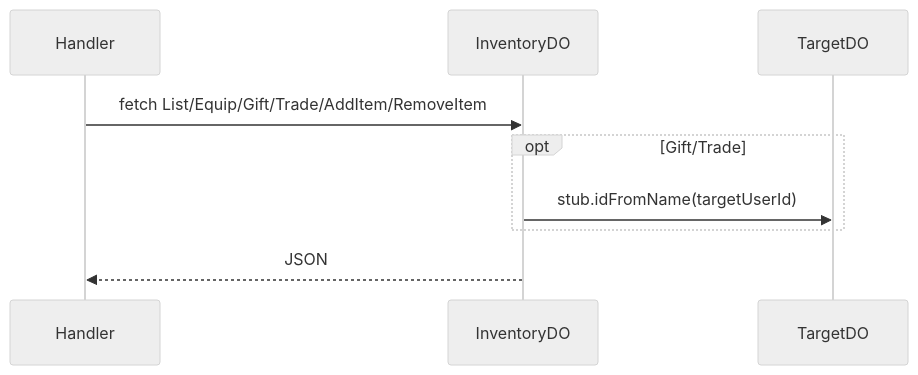
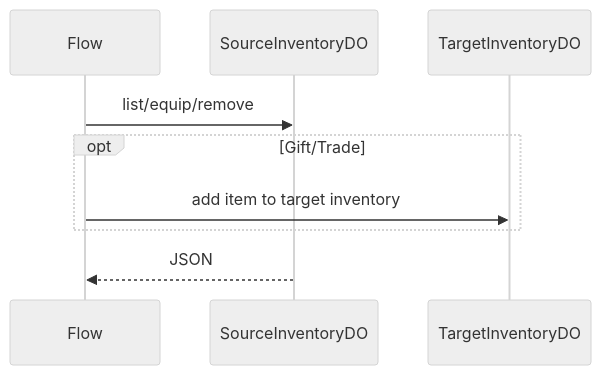
The diagram in infra/cloudflare/docs/durable-objects/InventoryDO.md (ocentra/ocentra-games), drawn with Mermaid (neutral theme) before and after one commit. The commit also changed other lines of this file and 35 other files, not shown here.

````diff
--- a/infra/cloudflare/docs/durable-objects/InventoryDO.md
+++ b/infra/cloudflare/docs/durable-objects/InventoryDO.md
@@ -17,11 +17,11 @@
 ```mermaid
 sequenceDiagram
-  participant Handler
-  participant InventoryDO
-  participant TargetDO
-  Handler->>InventoryDO: fetch List/Equip/Gift/Trade/AddItem/RemoveItem
+  participant Flow
+  participant SourceInventoryDO
+  participant TargetInventoryDO
+  Flow->>SourceInventoryDO: list/equip/remove
   opt Gift/Trade
-    InventoryDO->>TargetDO: stub.idFromName(targetUserId)
+    Flow->>TargetInventoryDO: add item to target inventory
   end
-  InventoryDO-->>Handler: JSON
+  SourceInventoryDO-->>Flow: JSON
 ```
````
